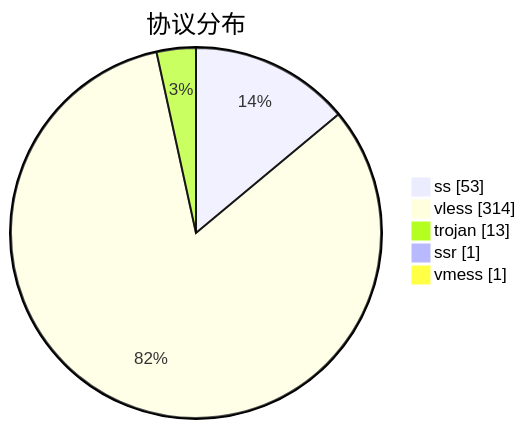
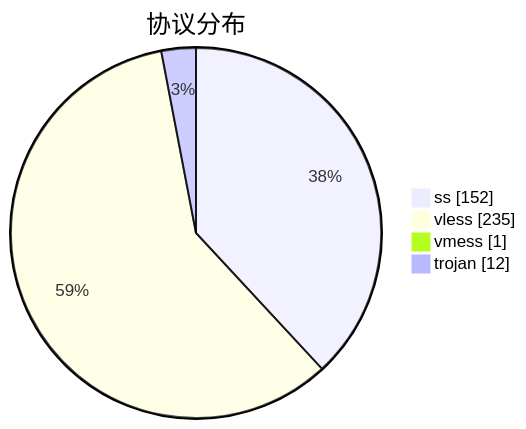
One commit to qjlxg/airport changed the third of 3 diagrams in subs/statistics/tested_within.md. Above: the diagram before and after it, drawn with Mermaid. The commit also changed other lines of this file and 2 other files, not shown here.

````diff
--- a/subs/statistics/tested_within.md
+++ b/subs/statistics/tested_within.md
@@ -33,9 +37,8 @@
 ```mermaid
 pie showData
 title 协议分布
-"ss" : 53
-"vless" : 314
-"trojan" : 13
-"ssr" : 1
+"ss" : 152
+"vless" : 235
 "vmess" : 1
+"trojan" : 12
 ```
````
